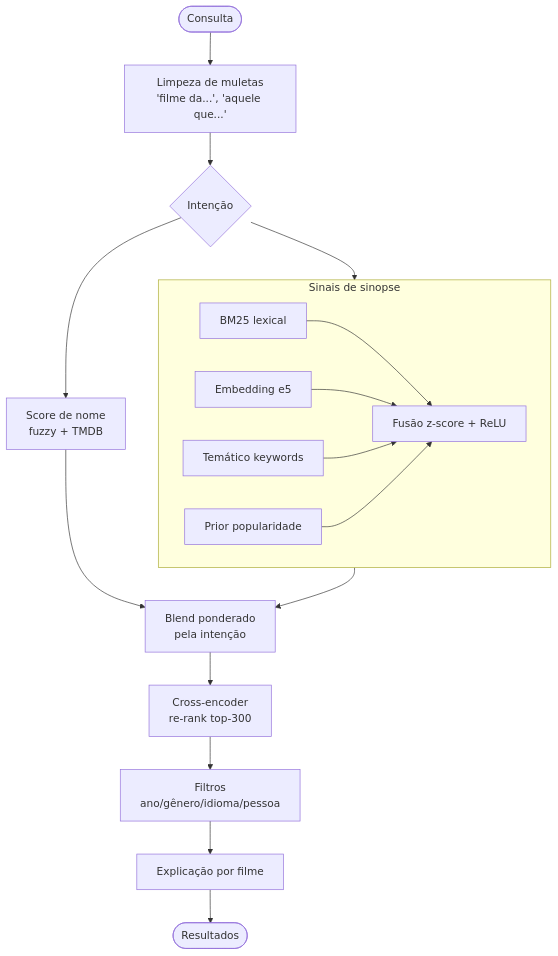
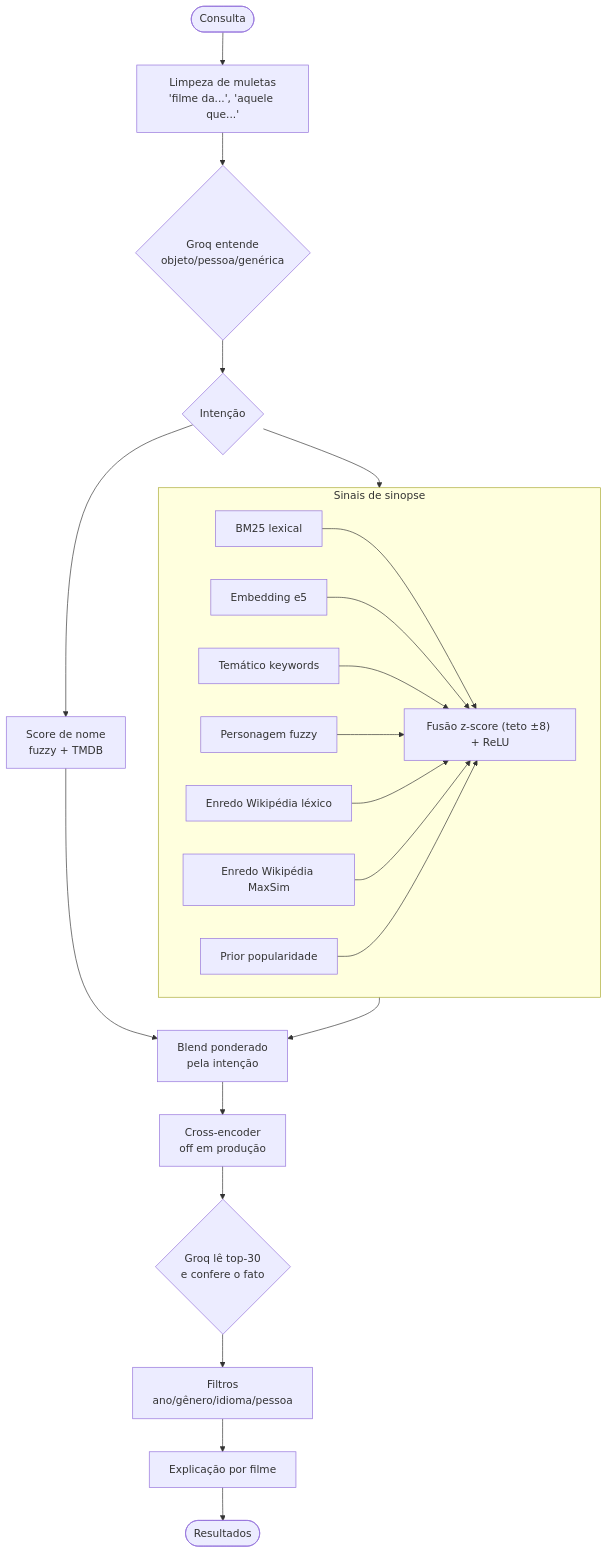
One commit to davidogral/recomenda-ai changed the eighth of 13 diagrams in docs/METODOLOGIA.md. Above: the diagram before and after it, drawn with Mermaid. The commit also changed other lines of this file and 2 other files, not shown here.

````diff
--- a/docs/METODOLOGIA.md
+++ b/docs/METODOLOGIA.md
@@ -336,20 +477,25 @@
 ```mermaid
 flowchart TD
     Q([Consulta]) --> CL[Limpeza de muletas<br/>'filme da...', 'aquele que...']
-    CL --> I{Intenção}
+    CL --> LLM{Groq entende<br/>objeto/pessoa/genérica}
+    LLM --> I{Intenção}
     I --> NS[Score de nome<br/>fuzzy + TMDB]
     I --> SS[Score de sinopse]
     subgraph SS[Sinais de sinopse]
         BM[BM25 lexical] --> FU
         EMB[Embedding e5] --> FU
         KW[Temático keywords] --> FU
+        ENT[Personagem fuzzy] --> FU
+        PLX[Enredo Wikipédia léxico] --> FU
+        PMX[Enredo Wikipédia MaxSim] --> FU
         POP[Prior popularidade] --> FU
-        FU[Fusão z-score + ReLU]
+        FU["Fusão z-score (teto ±8) + ReLU"]
     end
     NS --> BL[Blend ponderado<br/>pela intenção]
     SS --> BL
-    BL --> RR[Cross-encoder<br/>re-rank top-300]
-    RR --> FT[Filtros<br/>ano/gênero/idioma/pessoa]
+    BL --> RR[Cross-encoder<br/>off em produção]
+    RR --> LR{Groq lê top-30<br/>e confere o fato}
+    LR --> FT[Filtros<br/>ano/gênero/idioma/pessoa]
     FT --> EX[Explicação por filme]
     EX --> OUT([Resultados])
 ```
````
